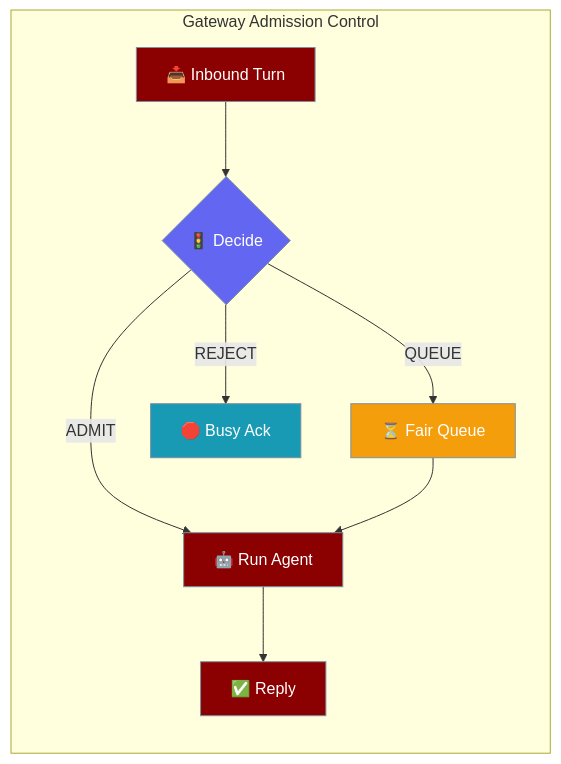
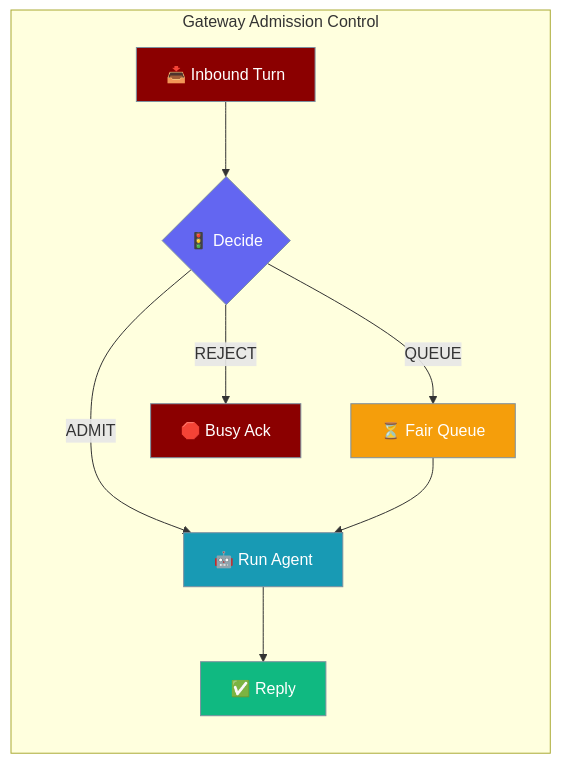
The first of 2 diagrams in docs/features/gateway-admission-control.mdx (MervinPraison/PraisonAIDocs), drawn with Mermaid before and after one commit.

Commit message:
fix(docs): correct Mermaid color scheme in gateway-admission-control hero diagram
- Busy/reject node: teal (#189AB4) → dark red (#8B0000) — rejection is an error state, not middleware
- Run Agent node: dark red (#8B0000) → teal (#189AB4) — agent/process node uses teal per AGENTS.md §3.1
- Reply node: dark red (#8B0000) → green (#10B981) — success/completion uses green per AGENTS.md §3.1

````diff
--- a/docs/features/gateway-admission-control.mdx
+++ b/docs/features/gateway-admission-control.mdx
@@ -10,23 +10,25 @@
 ```mermaid
 graph LR
     subgraph "Gateway Admission Control"
         In[📥 Inbound Turn] --> Gate{🚦 Decide}
         Gate -->|ADMIT| Run[🤖 Run Agent]
         Gate -->|QUEUE| Q[⏳ Fair Queue]
         Gate -->|REJECT| Busy[🛑 Busy Ack]
         Q --> Run
         Run --> Reply[✅ Reply]
     end
 
     classDef inbound fill:#8B0000,stroke:#7C90A0,color:#fff
     classDef decision fill:#6366F1,stroke:#7C90A0,color:#fff
     classDef queue fill:#F59E0B,stroke:#7C90A0,color:#fff
-    classDef busy fill:#189AB4,stroke:#7C90A0,color:#fff
-    classDef output fill:#8B0000,stroke:#7C90A0,color:#fff
+    classDef busy fill:#8B0000,stroke:#7C90A0,color:#fff
+    classDef agent fill:#189AB4,stroke:#7C90A0,color:#fff
+    classDef output fill:#10B981,stroke:#7C90A0,color:#fff
 
     class In inbound
     class Gate decision
     class Q queue
     class Busy busy
-    class Run,Reply output
+    class Run agent
+    class Reply output
 ```
````
